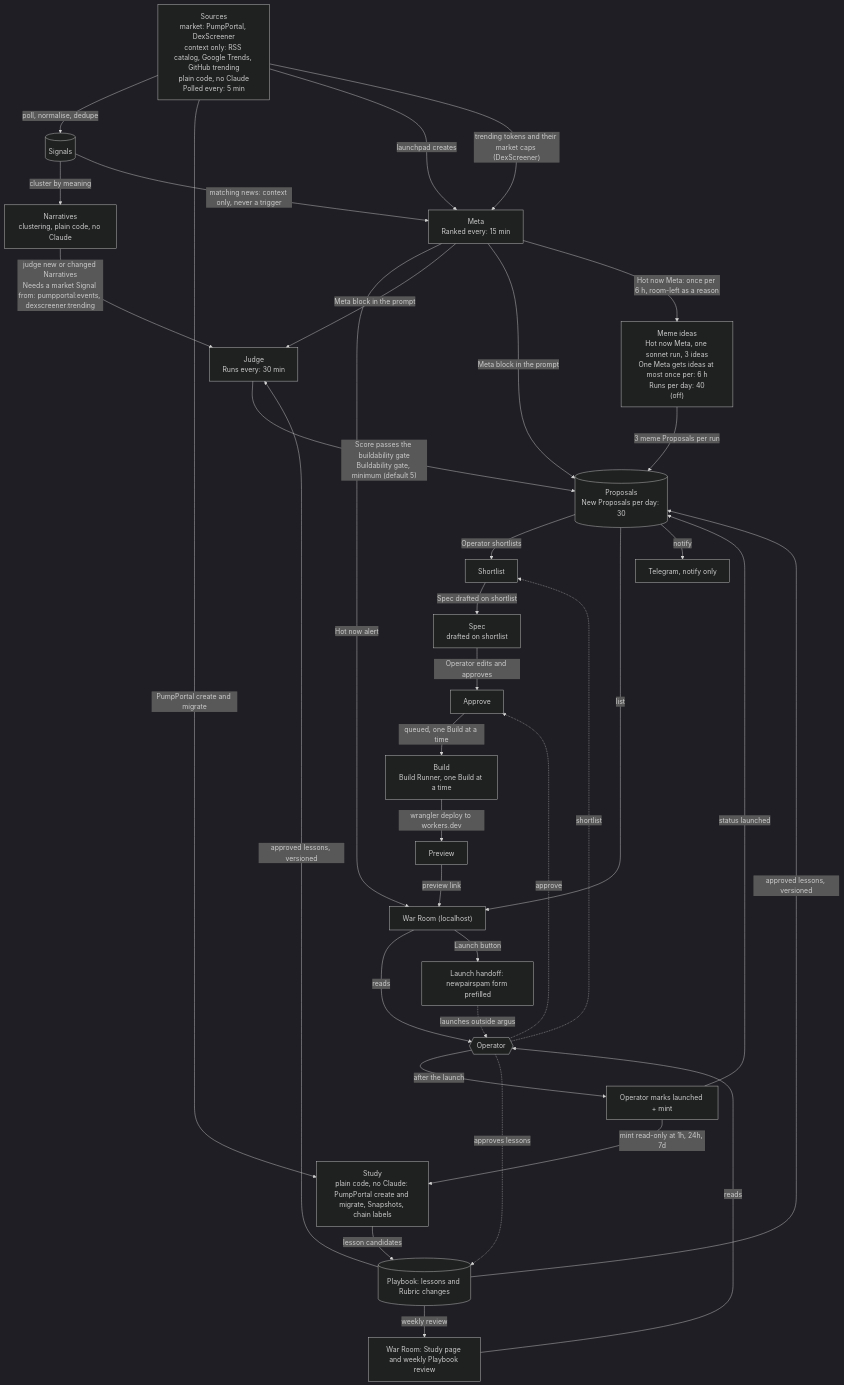
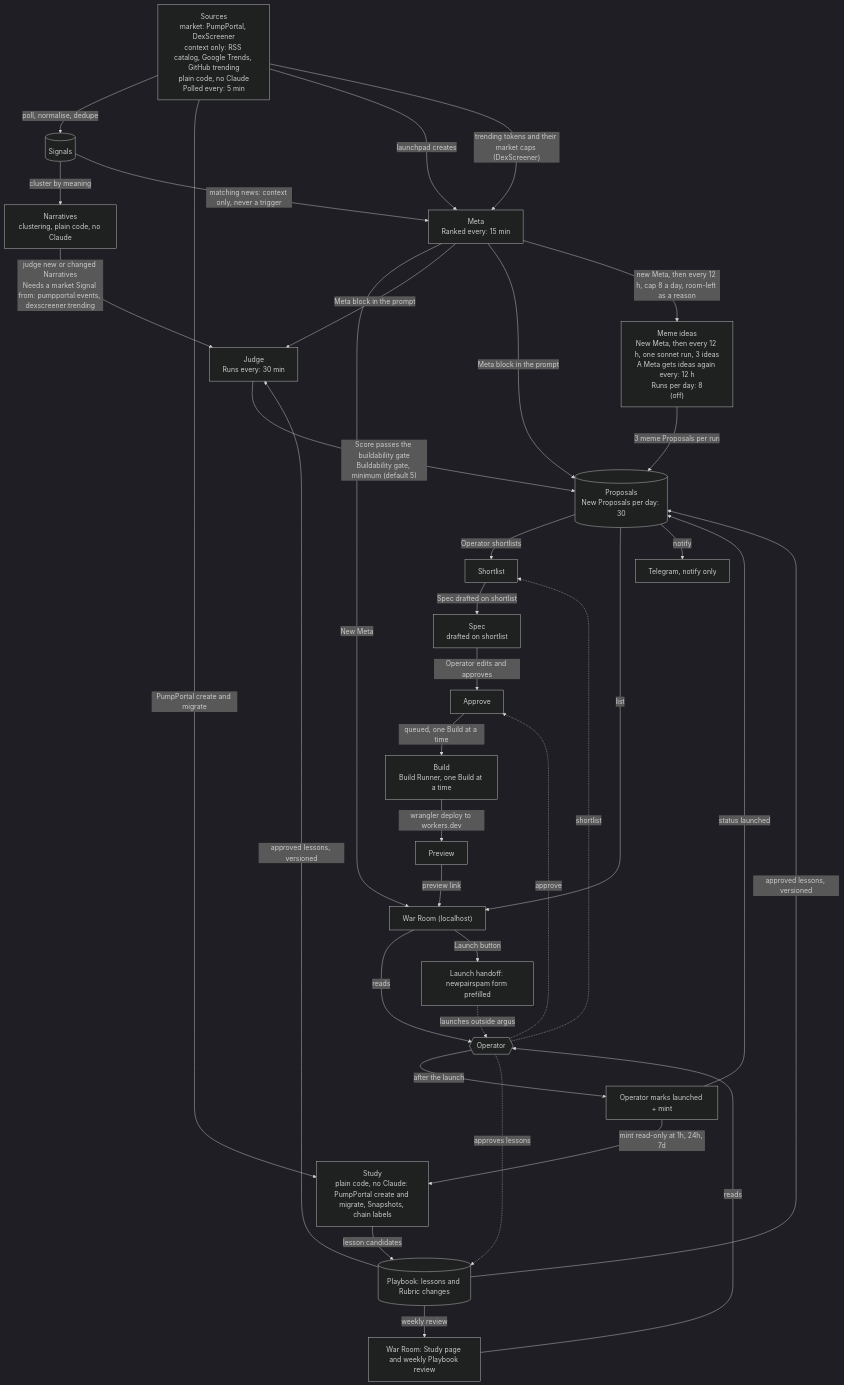
One commit to LuisPacx/argus changed the first of 3 diagrams in docs/architecture.md. Above: the diagram before and after it, drawn with Mermaid (dark theme). The commit also changed other lines of this file and 65 other files, not shown here.

First line of the commit message:
Meta redesign ticket 03: New Meta replaces Hot now; meme, summaries and prompt follow

````diff
--- a/docs/architecture.md
+++ b/docs/architecture.md
@@ -16,59 +16,59 @@
 ```mermaid
 flowchart TD
   SOURCES["Sources<br/>market: PumpPortal, DexScreener<br/>context only: RSS catalog, Google Trends, GitHub trending<br/>plain code, no Claude<br/>Polled every: 5 min"]
   SIGNALS[("Signals")]
   NARRATIVES["Narratives<br/>clustering, plain code, no Claude"]
   JUDGE["Judge<br/>Runs every: 30 min"]
   PROPOSALS[("Proposals<br/>New Proposals per day: 30")]
   SHORTLIST["Shortlist"]
   SPEC["Spec<br/>drafted on shortlist"]
   APPROVE["Approve"]
   BUILD["Build<br/>Build Runner, one Build at a time"]
   PREVIEW["Preview"]
   STUDY["Study<br/>plain code, no Claude: PumpPortal create and migrate, Snapshots, chain labels"]
   META["Meta<br/>Ranked every: 15 min"]
-  MEME["Meme ideas<br/>Hot now Meta, one sonnet run, 3 ideas<br/>One Meta gets ideas at most once per: 6 h<br/>Runs per day: 40<br/>(off)"]
+  MEME["Meme ideas<br/>New Meta, then every 12 h, one sonnet run, 3 ideas<br/>A Meta gets ideas again every: 12 h<br/>Runs per day: 8<br/>(off)"]
   OPERATOR{{"Operator"}}
   WARROOM["War Room (localhost)"]
   TELEGRAM["Telegram, notify only"]
   HANDOFF["Launch handoff: newpairspam form prefilled"]
   MARKED["Operator marks launched + mint"]
   PLAYBOOK[("Playbook: lessons and Rubric changes")]
   REVIEW["War Room: Study page and weekly Playbook review"]
 
   SOURCES -->|"poll, normalise, dedupe"| SIGNALS
   SIGNALS -->|"cluster by meaning"| NARRATIVES
   NARRATIVES -->|"judge new or changed Narratives<br/>Needs a market Signal from: pumpportal:events, dexscreener:trending"| JUDGE
   JUDGE -->|"Score passes the buildability gate<br/>Buildability gate, minimum (default 5)"| PROPOSALS
   PROPOSALS -->|"Operator shortlists"| SHORTLIST
   SHORTLIST -->|"Spec drafted on shortlist"| SPEC
   SPEC -->|"Operator edits and approves"| APPROVE
   APPROVE -->|"queued, one Build at a time"| BUILD
   BUILD -->|"wrangler deploy to workers.dev"| PREVIEW
   SOURCES -->|"PumpPortal create and migrate"| STUDY
   SOURCES -->|"launchpad creates"| META
   SOURCES -->|"trending tokens and their market caps (DexScreener)"| META
   SIGNALS -->|"matching news: context only, never a trigger"| META
-  META -->|"Hot now alert"| WARROOM
+  META -->|"New Meta"| WARROOM
   META -->|"Meta block in the prompt"| JUDGE
   META -->|"Meta block in the prompt"| PROPOSALS
-  META -->|"Hot now Meta: once per 6 h, room-left as a reason"| MEME
+  META -->|"new Meta, then every 12 h, cap 8 a day, room-left as a reason"| MEME
   MEME -->|"3 meme Proposals per run"| PROPOSALS
   PROPOSALS -->|"list"| WARROOM
   PROPOSALS -->|"notify"| TELEGRAM
   WARROOM -->|"reads"| OPERATOR
   OPERATOR -.->|"shortlist"| SHORTLIST
   OPERATOR -.->|"approve"| APPROVE
   PREVIEW -->|"preview link"| WARROOM
   WARROOM -->|"Launch button"| HANDOFF
   HANDOFF -.->|"launches outside argus"| OPERATOR
   OPERATOR -->|"after the launch"| MARKED
   MARKED -->|"status launched"| PROPOSALS
   MARKED -->|"mint read-only at 1h, 24h, 7d"| STUDY
   STUDY -->|"lesson candidates"| PLAYBOOK
   PLAYBOOK -->|"weekly review"| REVIEW
   REVIEW -->|"reads"| OPERATOR
   OPERATOR -.->|"approves lessons"| PLAYBOOK
   PLAYBOOK -->|"approved lessons, versioned"| JUDGE
   PLAYBOOK -->|"approved lessons, versioned"| PROPOSALS
 ```
````
